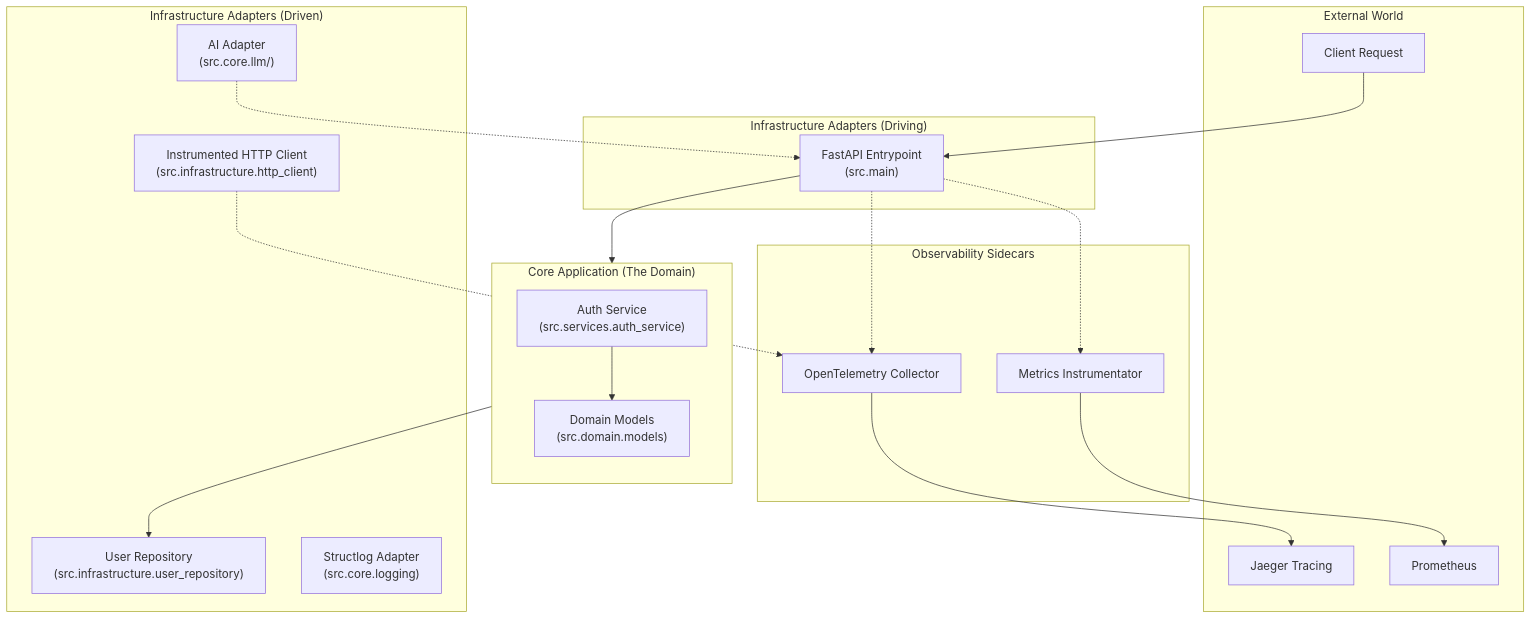
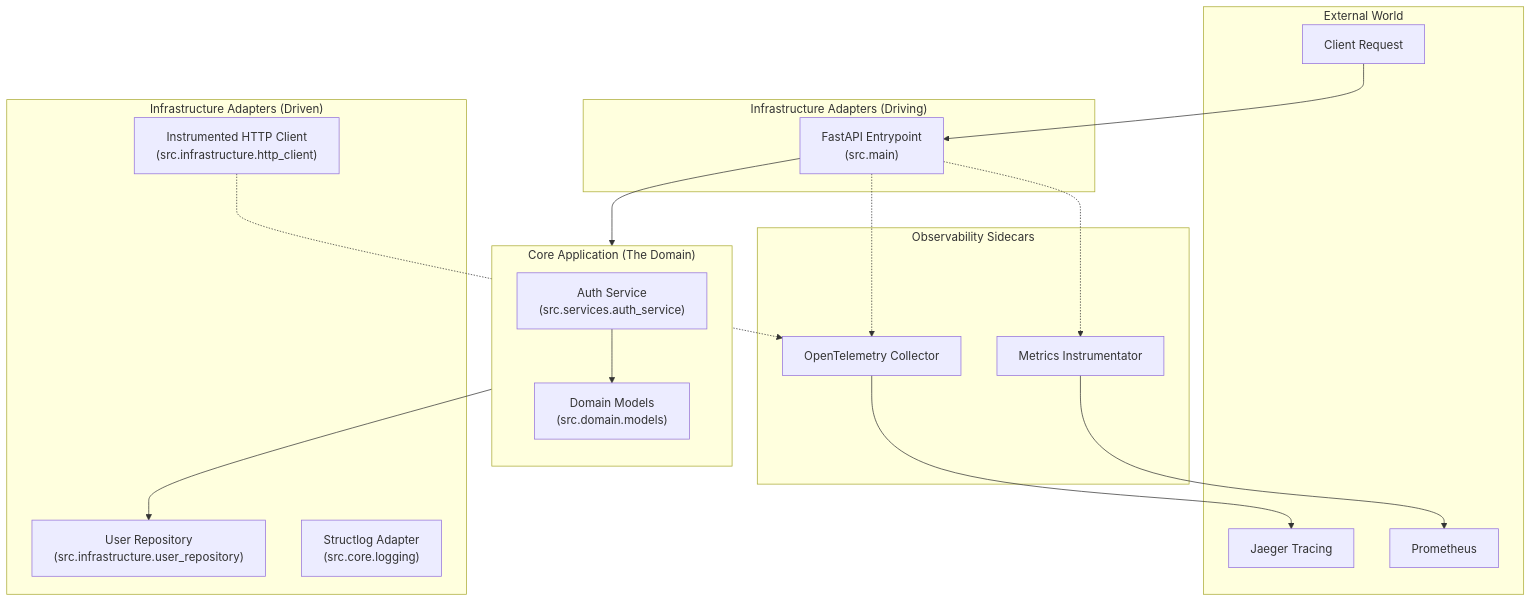
The diagram in docs/architecture.md (darestack/api-reliability-suite), drawn with Mermaid before and after one commit. The commit also changed other lines of this file and 39 other files, not shown here.

````diff
--- a/docs/architecture.md
+++ b/docs/architecture.md
@@ -16,43 +16,41 @@
 ```mermaid
 graph TD
     subgraph "External World"
         Client[Client Request]
         Jaeger[Jaeger Tracing]
         Prom[Prometheus]
     end
 
     subgraph "Infrastructure Adapters (Driving)"
         API["FastAPI Entrypoint<br/>(src.main)"]
     end
 
     subgraph "Core Application (The Domain)"
         direction TB
         Service["Auth Service<br/>(src.services.auth_service)"]
         Domain["Domain Models<br/>(src.domain.models)"]
     end
 
     subgraph "Infrastructure Adapters (Driven)"
         Repo["User Repository<br/>(src.infrastructure.user_repository)"]
-        LLM["AI Adapter<br/>(src.core.llm/)"]
         Logger["Structlog Adapter<br/>(src.core.logging)"]
         HTTP["Instrumented HTTP Client<br/>(src.infrastructure.http_client)"]
     end
 
     subgraph "Observability Sidecars"
         OTel[OpenTelemetry Collector]
         Metrics[Metrics Instrumentator]
     end
 
     Client --> API
     API --> Service
     Service --> Domain
     Service --> Repo
 
     API -.-> OTel
     API -.-> Metrics
-    LLM -.-> API
     HTTP -.-> OTel
 
     OTel --> Jaeger
     Metrics --> Prom
 ```
````
